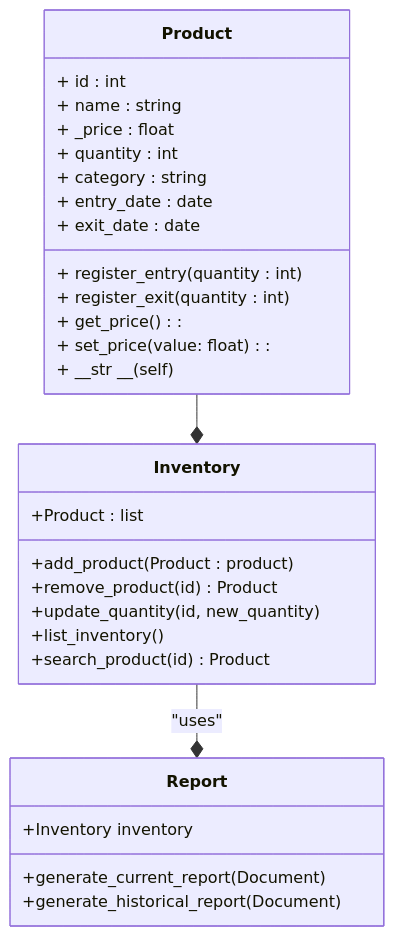
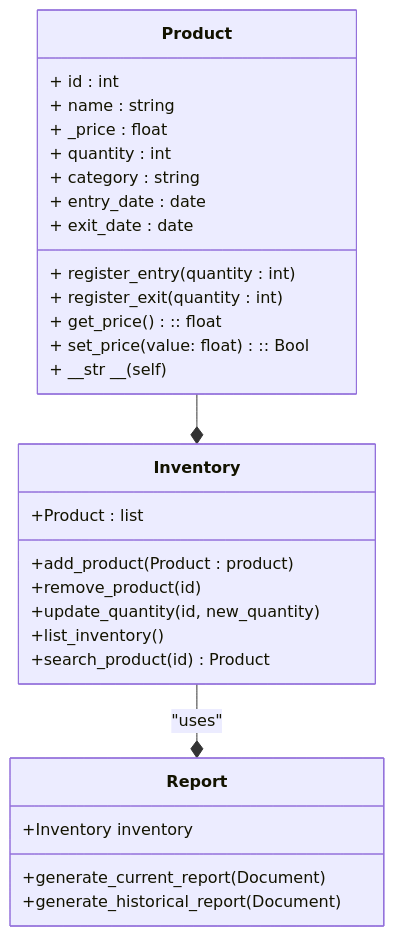
One commit to nisaespa/project_progress changed the diagram in README.md. Above: the diagram before and after it, drawn with Mermaid.

````diff
--- a/README.md
+++ b/README.md
@@ -6,35 +6,35 @@
 ``` mermaid
 classDiagram
     class Product {
         + id : int
         + name : string
         + _price : float
         + quantity : int
         + category : string
         + entry_date : date
         + exit_date : date
         + register_entry(quantity : int)
         + register_exit(quantity : int)
-        + get_price():
-        + set_price(value: float):
+        + get_price() :: float
+        + set_price(value: float):: Bool
         + __str __(self)
     }
 
     class Inventory {
         +Product : list
         +add_product(Product : product)
-        +remove_product(id) Product
+        +remove_product(id)
         +update_quantity(id, new_quantity)
         +list_inventory()
         +search_product(id) Product
     }
 
     class Report {
         +Inventory inventory
         +generate_current_report(Document)
         +generate_historical_report(Document)
     }
 
     Product --* Inventory
     Inventory --* Report : "uses"
 ```
````
